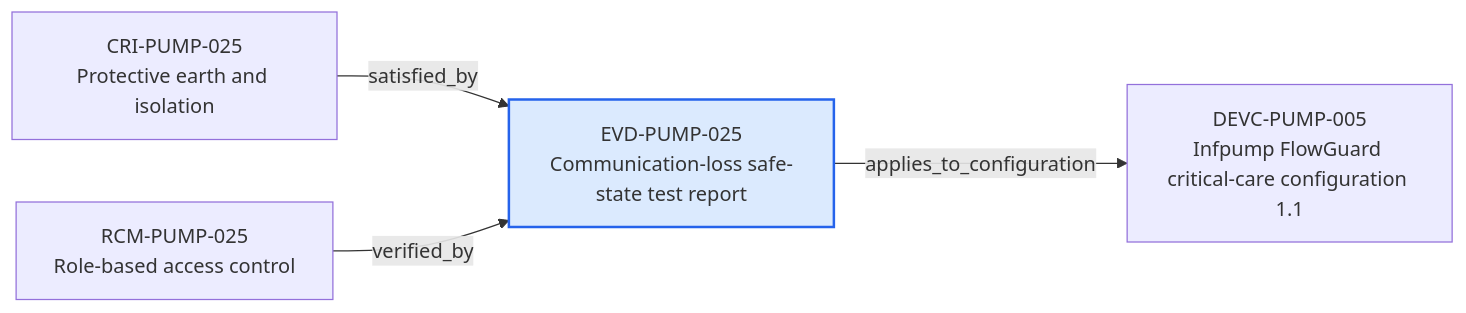
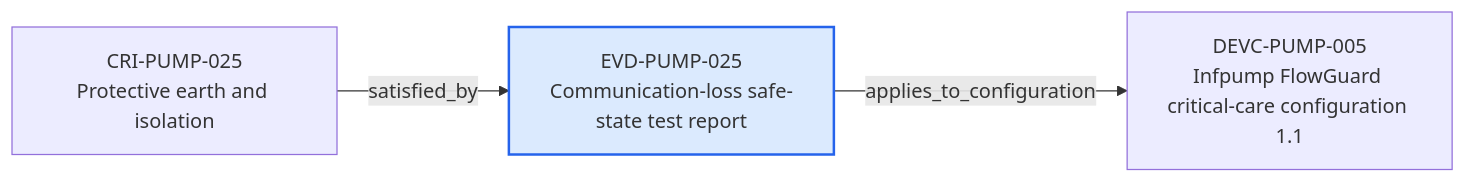
The diagram in content/06-Infpump FlowGuard ontology notes/verification-evidence/EVD-PUMP-025-communication-loss-safe-state-test-report.md (mvattulainen/mdrontology), drawn with Mermaid before and after one commit. The commit also changed other lines of this file and 321 other files, not shown here.

Commit message:
Implement Mermaid ontology audit findings

````diff
--- a/content/06-Infpump FlowGuard ontology notes/verification-evidence/EVD-PUMP-025-communication-loss-safe-state-test-report.md
+++ b/content/06-Infpump FlowGuard ontology notes/verification-evidence/EVD-PUMP-025-communication-loss-safe-state-test-report.md
@@ -73,12 +73,10 @@
 ```mermaid
 flowchart LR
   CURRENT["EVD-PUMP-025<br/>Communication-loss safe-state test report"]
   PREV0["CRI-PUMP-025<br/>Protective earth and isolation"]
   PREV0 -->|"satisfied_by"| CURRENT
-  PREV1["RCM-PUMP-025<br/>Role-based access control"]
-  PREV1 -->|"verified_by"| CURRENT
   NEXT0["DEVC-PUMP-005<br/>Infpump FlowGuard critical-care configuration 1.1"]
   CURRENT -->|"applies_to_configuration"| NEXT0
   classDef current fill:#dbeafe,stroke:#2563eb,stroke-width:2px
   class CURRENT current
 ```
````
